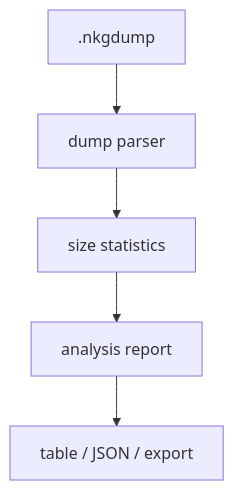
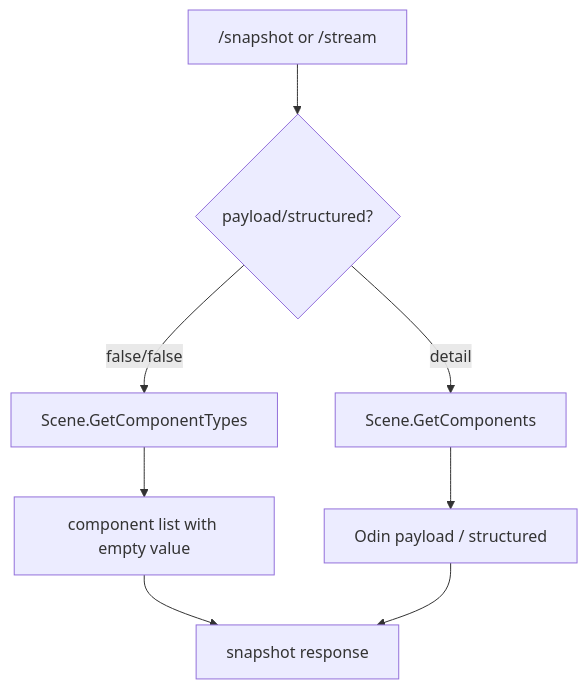
Before and after one commit to wqaetly/NKGGameFramework: the first of 2 diagrams in docs/debug-and-dump.md, drawn with Mermaid. The commit also changed other lines of this file and 38 other files, not shown here.

````diff
--- a/docs/debug-and-dump.md
+++ b/docs/debug-and-dump.md
@@ -29,7 +35,10 @@
 ```mermaid
 flowchart TD
-    File[".nkgdump"] --> Parser["dump parser"]
-    Parser --> Stats["size statistics"]
-    Stats --> Report["analysis report"]
-    Report --> UI["table / JSON / export"]
+    Request["/snapshot or /stream"] --> Summary{"payload/structured?"}
+    Summary -->|false/false| Types["Scene.GetComponentTypes"]
+    Types --> Light["component list with empty value"]
+    Summary -->|detail| Values["Scene.GetComponents"]
+    Values --> Odin["Odin payload / structured"]
+    Light --> Response["snapshot response"]
+    Odin --> Response
 ```
````
